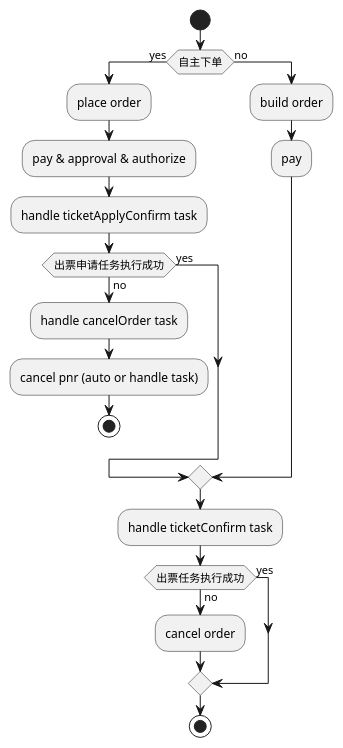
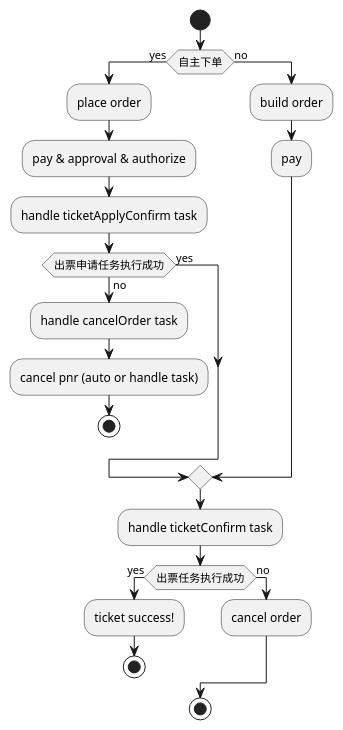
One commit to viper140/painting changed the diagram in plantuml/flow/international-flight-create-order.puml. Above: the diagram before and after it, drawn with PlantUML.

```diff
--- a/plantuml/flow/international-flight-create-order.puml
+++ b/plantuml/flow/international-flight-create-order.puml
@@ -1,30 +1,32 @@
 @startuml
 start
 
 if (自主下单) then (yes)
   :place order;
   :pay & approval & authorize;
   :handle ticketApplyConfirm task;
    
   if (出票申请任务执行成功) then (yes)
   else (no) 
     :handle cancelOrder task;
     :cancel pnr (auto or handle task);
     stop
   endif
 
 else (no)
   :build order;
   :pay;
 
 endif
 
 :handle ticketConfirm task;
   
 if (出票任务执行成功) then (yes)
+  :ticket success!;
+  stop
 else (no) 
   :cancel order; 
 endif
 
 stop
 @enduml
```
